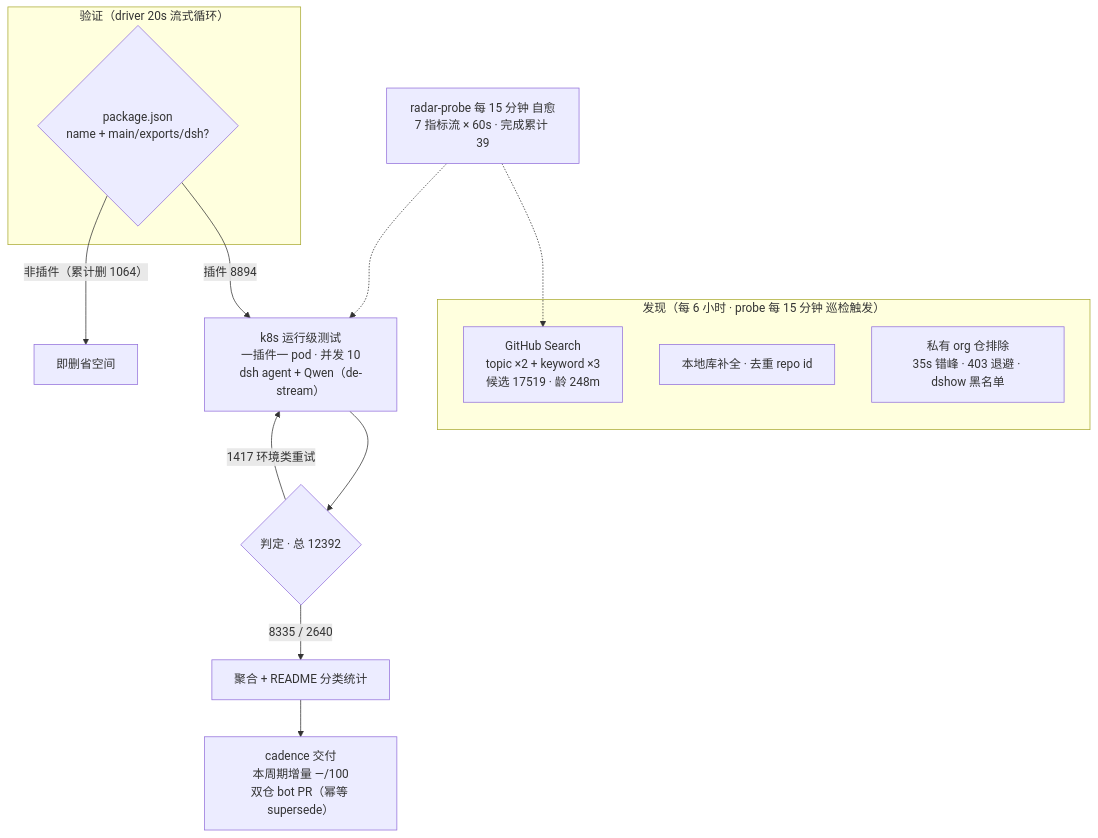
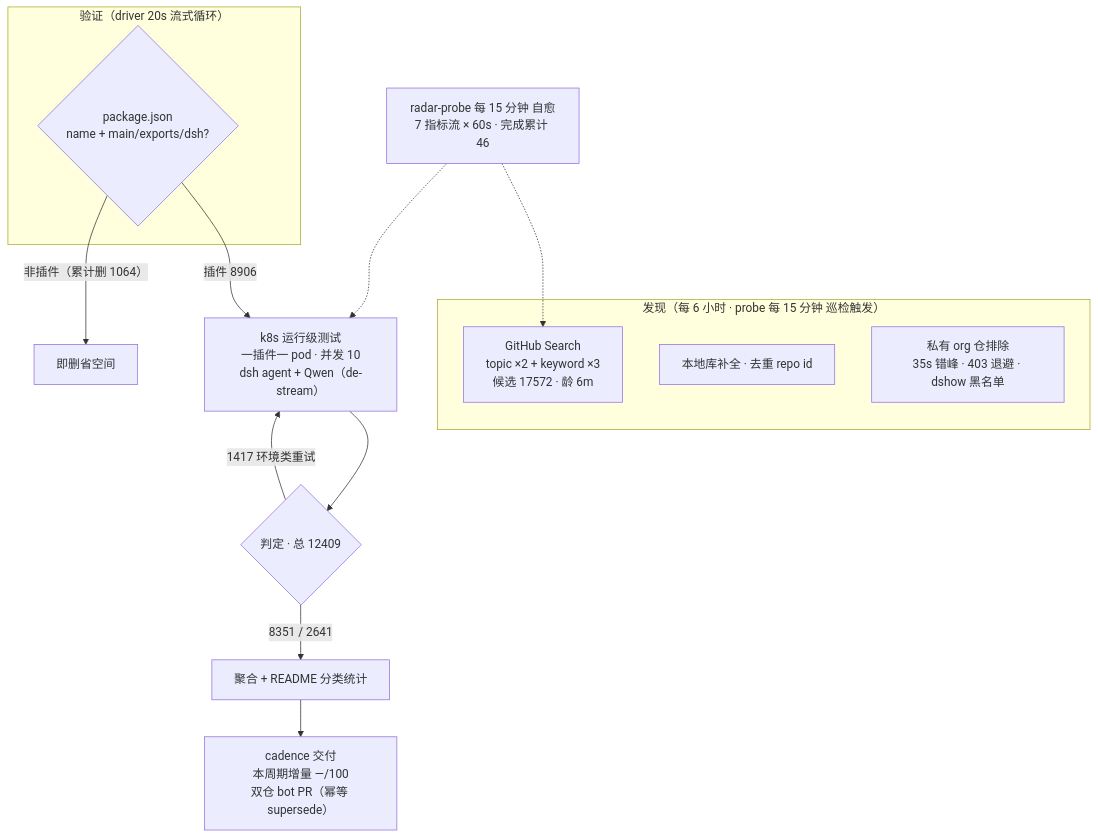
One commit to Zhidao-Lab-OSS/awesome-dsh-plugins changed the diagram in README.md. Above: the diagram before and after it, drawn with Mermaid. The commit also changed other lines of this file and 1 other file, not shown here.

````diff
--- a/README.md
+++ b/README.md
@@ -52,20 +52,20 @@
 ```mermaid
 flowchart TB
     subgraph Discovery["发现（每 6 小时 · probe 每 15 分钟 巡检触发）"]
-        A1["GitHub Search<br/>topic ×2 + keyword ×3<br/>候选 17519 · 龄 248m"]
+        A1["GitHub Search<br/>topic ×2 + keyword ×3<br/>候选 17572 · 龄 6m"]
         A2["本地库补全 · 去重 repo id"]
         A3["私有 org 仓排除<br/>35s 错峰 · 403 退避 · dshow 黑名单"]
     end
     subgraph Validation["验证（driver 20s 流式循环）"]
         B1{"package.json<br/>name + main/exports/dsh?"}
     end
-    B1 -->|"插件 8894"| C1["k8s 运行级测试<br/>一插件一 pod · 并发 10<br/>dsh agent + Qwen（de-stream）"]
+    B1 -->|"插件 8906"| C1["k8s 运行级测试<br/>一插件一 pod · 并发 10<br/>dsh agent + Qwen（de-stream）"]
     B1 -->|"非插件（累计删 1064）"| B3["即删省空间"]
-    C1 --> D1{"判定 · 总 12392"}
-    D1 -->|"8335 / 2640"| E1["聚合 + README 分类统计"]
+    C1 --> D1{"判定 · 总 12409"}
+    D1 -->|"8351 / 2641"| E1["聚合 + README 分类统计"]
     D1 -->|"1417 环境类重试"| C1
     E1 --> E2["cadence 交付<br/>本周期增量 —/100<br/>双仓 bot PR（幂等 supersede）"]
-    M["radar-probe 每 15 分钟 自愈<br/>7 指标流 × 60s · 完成累计 39"]
+    M["radar-probe 每 15 分钟 自愈<br/>7 指标流 × 60s · 完成累计 46"]
     M -.-> A1
     M -.-> C1
 ```
````
